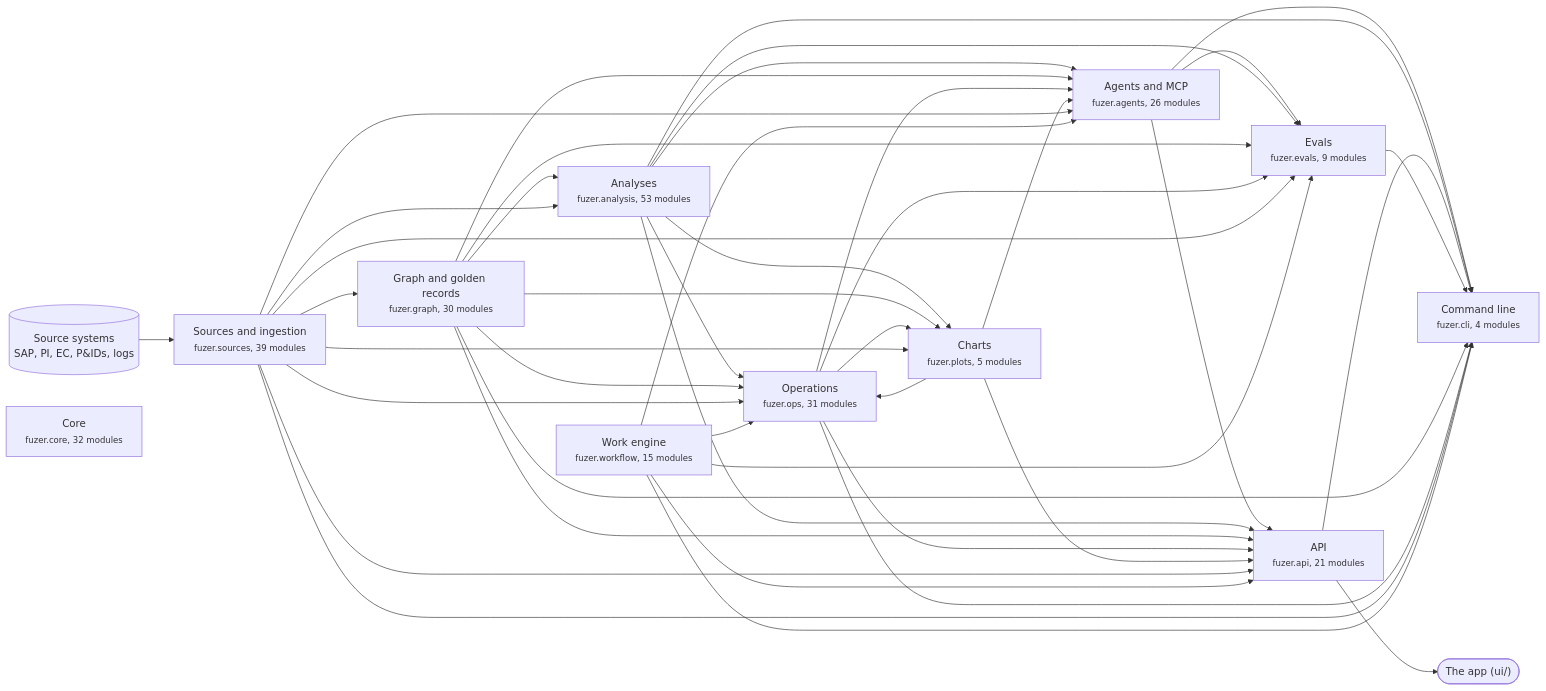
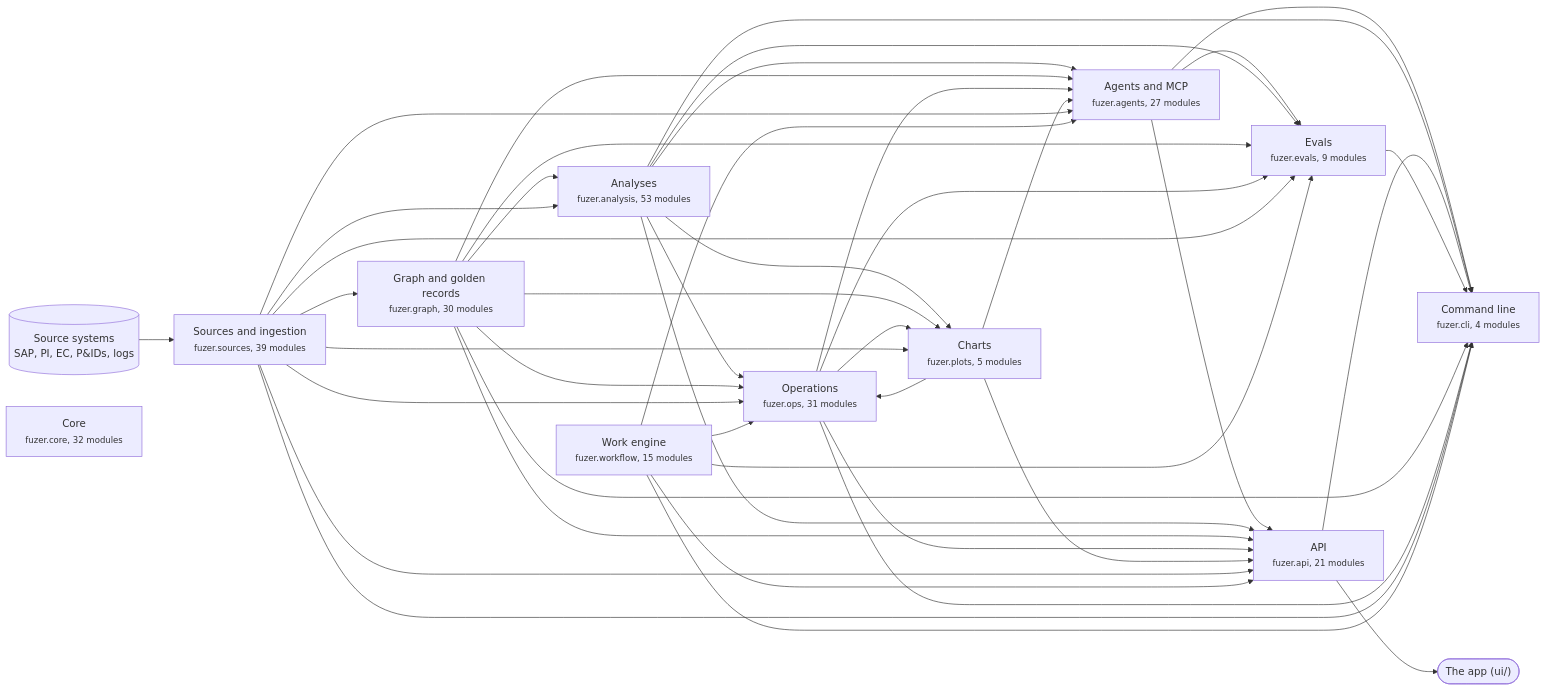
Before and after one commit to areed145/fuzer: the first of 3 diagrams in docs/architecture.md, drawn with Mermaid. The commit also changed other lines of this file and 4 other files, not shown here.

````diff
--- a/docs/architecture.md
+++ b/docs/architecture.md
@@ -8,67 +8,67 @@
 ```mermaid
 flowchart LR
   systems[("Source systems<br>SAP, PI, EC, P&IDs, logs")] --> c_sources
   app(["The app (ui/)"])
   c_api --> app
   c_sources["Sources and ingestion<br><small>fuzer.sources, 39 modules</small>"]
   c_graph["Graph and golden records<br><small>fuzer.graph, 30 modules</small>"]
   c_analysis["Analyses<br><small>fuzer.analysis, 53 modules</small>"]
   c_ops["Operations<br><small>fuzer.ops, 31 modules</small>"]
   c_plots["Charts<br><small>fuzer.plots, 5 modules</small>"]
   c_workflow["Work engine<br><small>fuzer.workflow, 15 modules</small>"]
-  c_agents["Agents and MCP<br><small>fuzer.agents, 26 modules</small>"]
+  c_agents["Agents and MCP<br><small>fuzer.agents, 27 modules</small>"]
   c_evals["Evals<br><small>fuzer.evals, 9 modules</small>"]
   c_api["API<br><small>fuzer.api, 21 modules</small>"]
   c_cli["Command line<br><small>fuzer.cli, 4 modules</small>"]
   c_core["Core<br><small>fuzer.core, 32 modules</small>"]
   c_sources --> c_graph
   c_graph --> c_analysis
   c_sources --> c_analysis
   c_analysis --> c_ops
   c_graph --> c_ops
   c_plots --> c_ops
   c_sources --> c_ops
   c_workflow --> c_ops
   c_analysis --> c_plots
   c_graph --> c_plots
   c_ops --> c_plots
   c_sources --> c_plots
   c_analysis --> c_agents
   c_graph --> c_agents
   c_ops --> c_agents
   c_plots --> c_agents
   c_sources --> c_agents
   c_workflow --> c_agents
   c_agents --> c_evals
   c_analysis --> c_evals
   c_graph --> c_evals
   c_ops --> c_evals
   c_sources --> c_evals
   c_workflow --> c_evals
   c_agents --> c_api
   c_analysis --> c_api
   c_graph --> c_api
   c_ops --> c_api
   c_plots --> c_api
   c_sources --> c_api
   c_workflow --> c_api
   c_agents --> c_cli
   c_analysis --> c_cli
   c_api --> c_cli
   c_evals --> c_cli
   c_graph --> c_cli
   c_ops --> c_cli
   c_sources --> c_cli
   c_workflow --> c_cli
   click c_sources "https://github.com/areed145/fuzer/tree/main/src/fuzer/sources"
   click c_graph "https://github.com/areed145/fuzer/tree/main/src/fuzer/graph"
   click c_analysis "https://github.com/areed145/fuzer/tree/main/src/fuzer/analysis"
   click c_ops "https://github.com/areed145/fuzer/tree/main/src/fuzer/ops"
   click c_plots "https://github.com/areed145/fuzer/tree/main/src/fuzer/plots"
   click c_workflow "https://github.com/areed145/fuzer/tree/main/src/fuzer/workflow"
   click c_agents "https://github.com/areed145/fuzer/tree/main/src/fuzer/agents"
   click c_evals "https://github.com/areed145/fuzer/tree/main/src/fuzer/evals"
   click c_api "https://github.com/areed145/fuzer/tree/main/src/fuzer/api"
   click c_cli "https://github.com/areed145/fuzer/tree/main/src/fuzer/cli"
   click c_core "https://github.com/areed145/fuzer/tree/main/src/fuzer/core"
 ```
````
